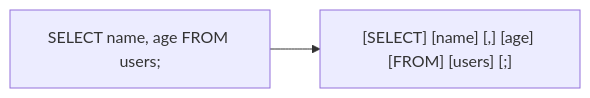
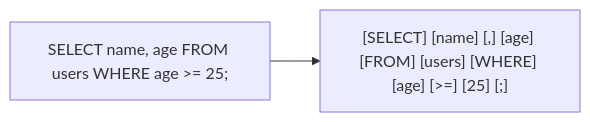
Before and after one commit to Jungle-12-303/week6-team5-sql: the third of 13 diagrams in README.md, drawn with Mermaid. The commit also changed other lines of this file and 9 other files, not shown here.

````diff
--- a/README.md
+++ b/README.md
@@ -52,4 +52,4 @@
 ```mermaid
 flowchart LR
-    A["SELECT name, age FROM users;"] --> B["[SELECT] [name] [,] [age] [FROM] [users] [;]"]
+    A["SELECT name, age FROM users WHERE age >= 25;"] --> B["[SELECT] [name] [,] [age] [FROM] [users] [WHERE] [age] [>=] [25] [;]"]
 ```
````
